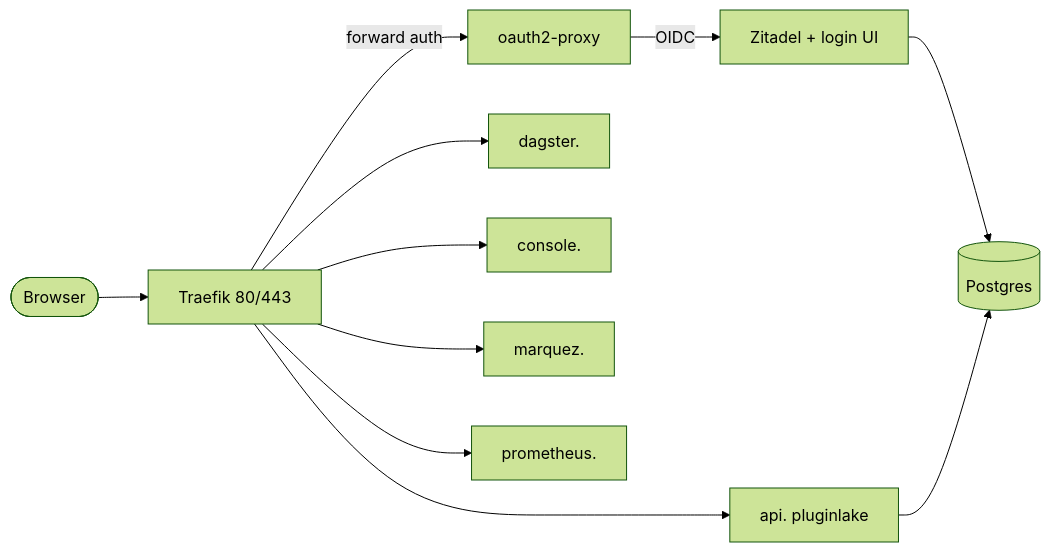
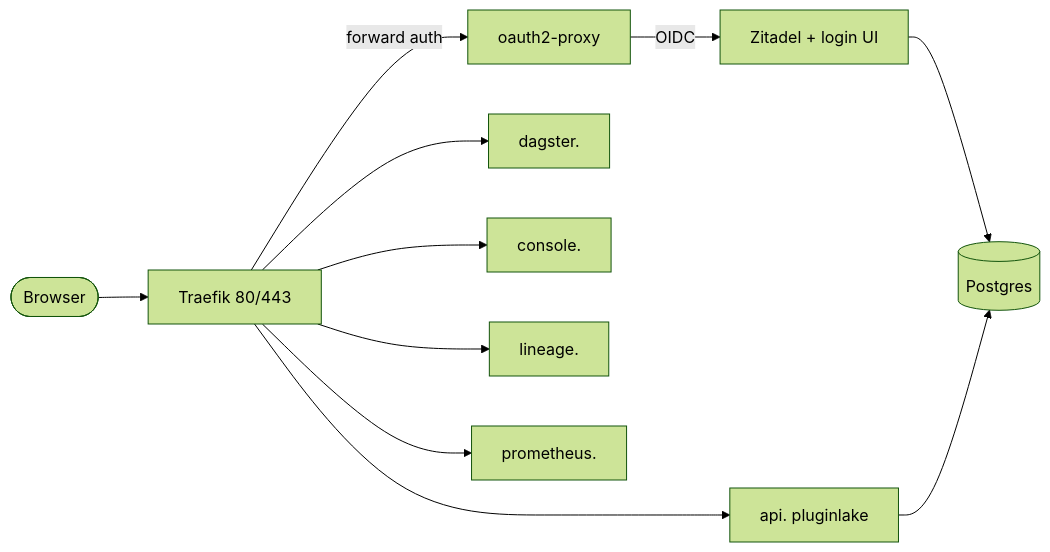
Before and after one commit to plugin-healthcare/pluginlake: the diagram in docs/guides/docker.md, drawn with Mermaid (forest theme). The commit also changed other lines of this file and 10 other files, not shown here.

````diff
--- a/docs/guides/docker.md
+++ b/docs/guides/docker.md
@@ -102,13 +102,13 @@
 ```mermaid
 flowchart LR
     user([Browser]) --> traefik[Traefik 80/443]
     traefik -- forward auth --> proxy[oauth2-proxy]
     proxy -- OIDC --> zitadel[Zitadel + login UI]
     traefik --> api[api. pluginlake]
     traefik --> dagster[dagster.]
     traefik --> dash[console.]
-    traefik --> marquez[marquez.]
+    traefik --> marquez[lineage.]
     traefik --> prom[prometheus.]
     zitadel --> pg[(Postgres)]
     api --> pg
 ```
````
